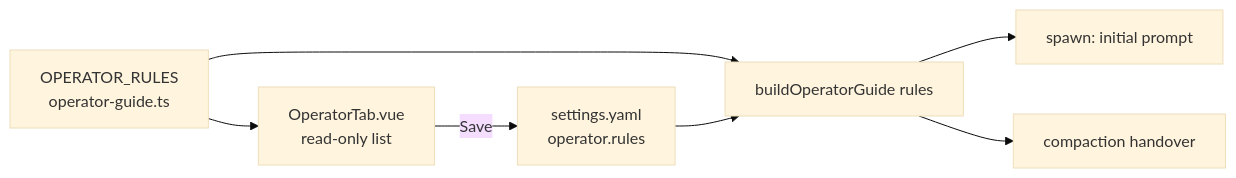
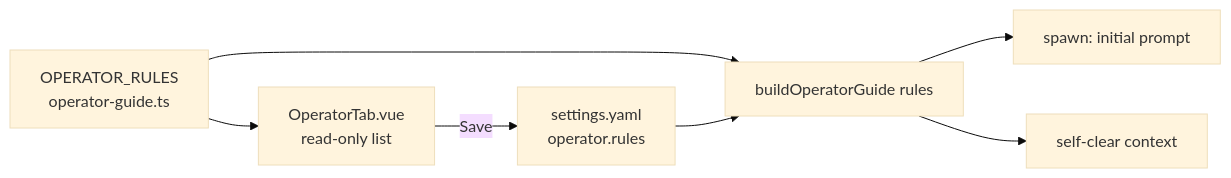
Before and after one commit to PetePeter/helm: the fifth of 14 diagrams in docs/voice-operator.md, drawn with Mermaid (base theme). The commit also changed other lines of this file and 6 other files, not shown here.

````diff
--- a/docs/voice-operator.md
+++ b/docs/voice-operator.md
@@ -165,9 +165,9 @@
   ```mermaid
   flowchart LR
       OR[OPERATOR_RULES<br/>operator-guide.ts] --> G[buildOperatorGuide rules]
       OR --> TAB[OperatorTab.vue<br/>read-only list]
       TAB -->|Save| CFG[settings.yaml<br/>operator.rules]
       CFG --> G
       G --> SP[spawn: initial prompt]
-      G --> HC[compaction handover]
+      G --> HC[self-clear context]
   ```
````
